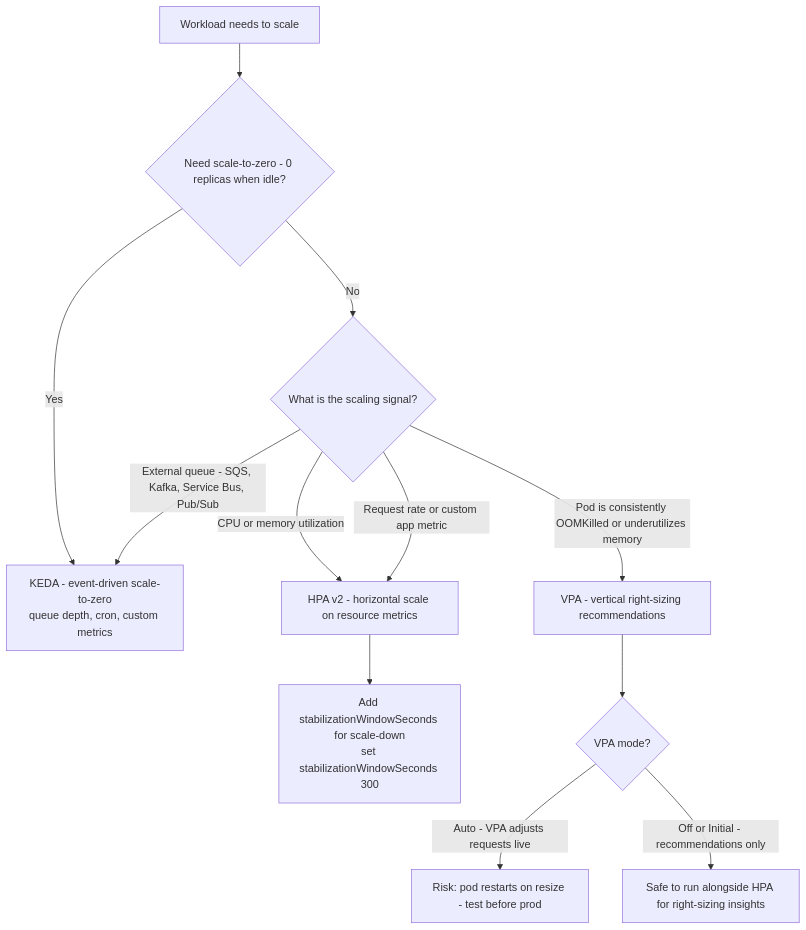
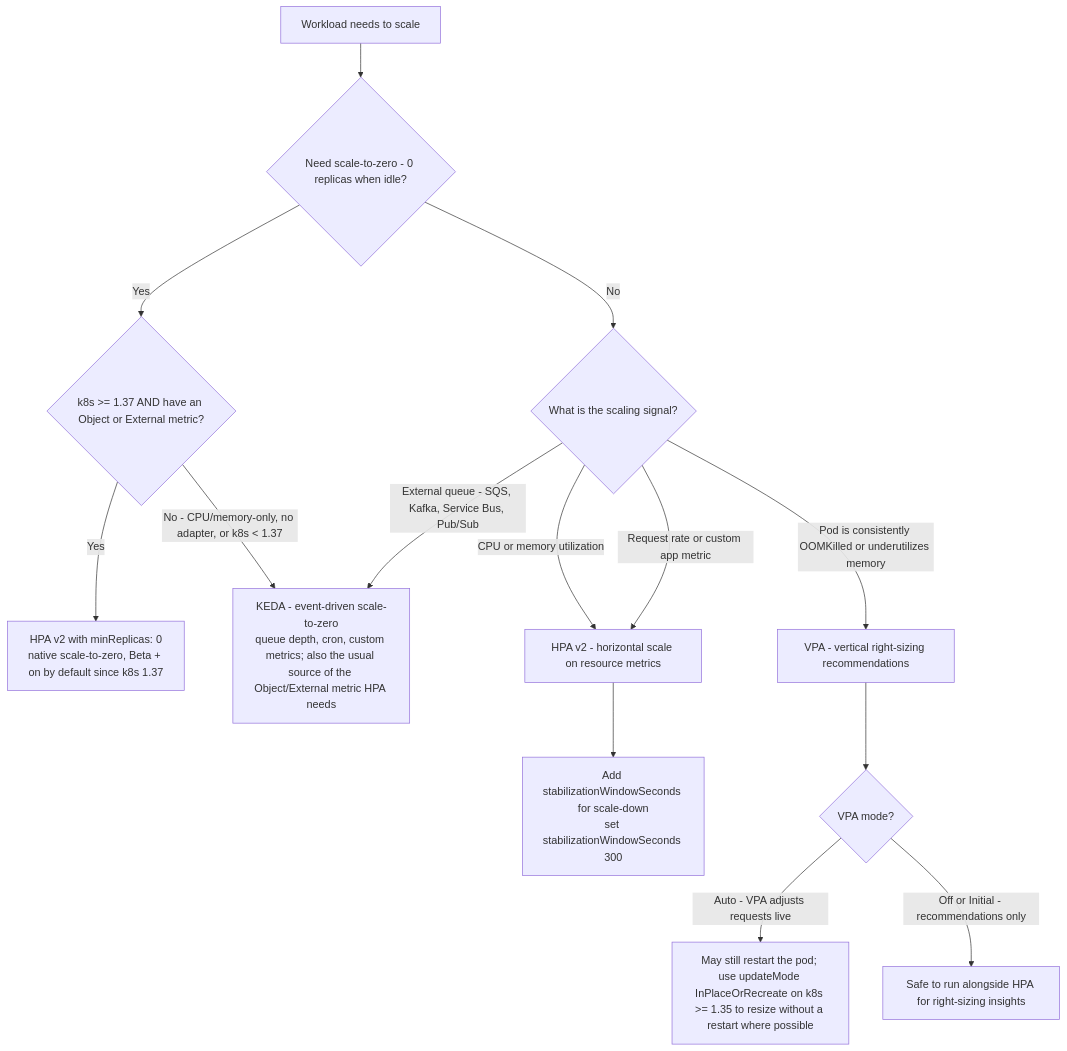
The seventh of 8 diagrams in plugins/cloud-native-kubernetes/knowledge/cloud-native-kubernetes-decision-trees.md (mcorbett51090/RavenClaude), drawn with Mermaid before and after one commit. The commit also changed other lines of this file and 26 other files, not shown here.

First line of the commit message:
fix(platform-devops): weekly-sweep corrections — K8s 1.37 HPA scale-to-zero, distroless retag, OpenTofu/Terraform, GHA protections, DORA 5-metric (#1252)

````diff
--- a/plugins/cloud-native-kubernetes/knowledge/cloud-native-kubernetes-decision-trees.md
+++ b/plugins/cloud-native-kubernetes/knowledge/cloud-native-kubernetes-decision-trees.md
@@ -159,14 +161,16 @@
 ```mermaid
 flowchart TD
     START[Workload needs to scale] --> ZERO{Need scale-to-zero - 0 replicas when idle?}
-    ZERO -->|Yes| KEDA[KEDA - event-driven scale-to-zero<br/>queue depth, cron, custom metrics]
+    ZERO -->|Yes| ZEROK8S{k8s >= 1.37 AND have an Object or External metric?}
+    ZEROK8S -->|Yes| HPAZERO[HPA v2 with minReplicas: 0<br/>native scale-to-zero, Beta + on by default since k8s 1.37]
+    ZEROK8S -->|No - CPU/memory-only, no adapter, or k8s < 1.37| KEDA[KEDA - event-driven scale-to-zero<br/>queue depth, cron, custom metrics; also the usual source of the Object/External metric HPA needs]
     ZERO -->|No| SIG{What is the scaling signal?}
     SIG -->|CPU or memory utilization| HPA[HPA v2 - horizontal scale on resource metrics]
     SIG -->|Request rate or custom app metric| HPA
     SIG -->|Pod is consistently OOMKilled or underutilizes memory| VPA[VPA - vertical right-sizing recommendations]
     SIG -->|External queue - SQS, Kafka, Service Bus, Pub/Sub| KEDA
     HPA --> STABLE[Add stabilizationWindowSeconds for scale-down<br/>set stabilizationWindowSeconds 300]
     VPA --> MODE{VPA mode?}
-    MODE -->|Auto - VPA adjusts requests live| VPAOFF[Risk: pod restarts on resize - test before prod]
+    MODE -->|Auto - VPA adjusts requests live| VPAOFF[May still restart the pod; use updateMode InPlaceOrRecreate on k8s >= 1.35 to resize without a restart where possible]
     MODE -->|Off or Initial - recommendations only| VPASAFE[Safe to run alongside HPA for right-sizing insights]
 ```
````
